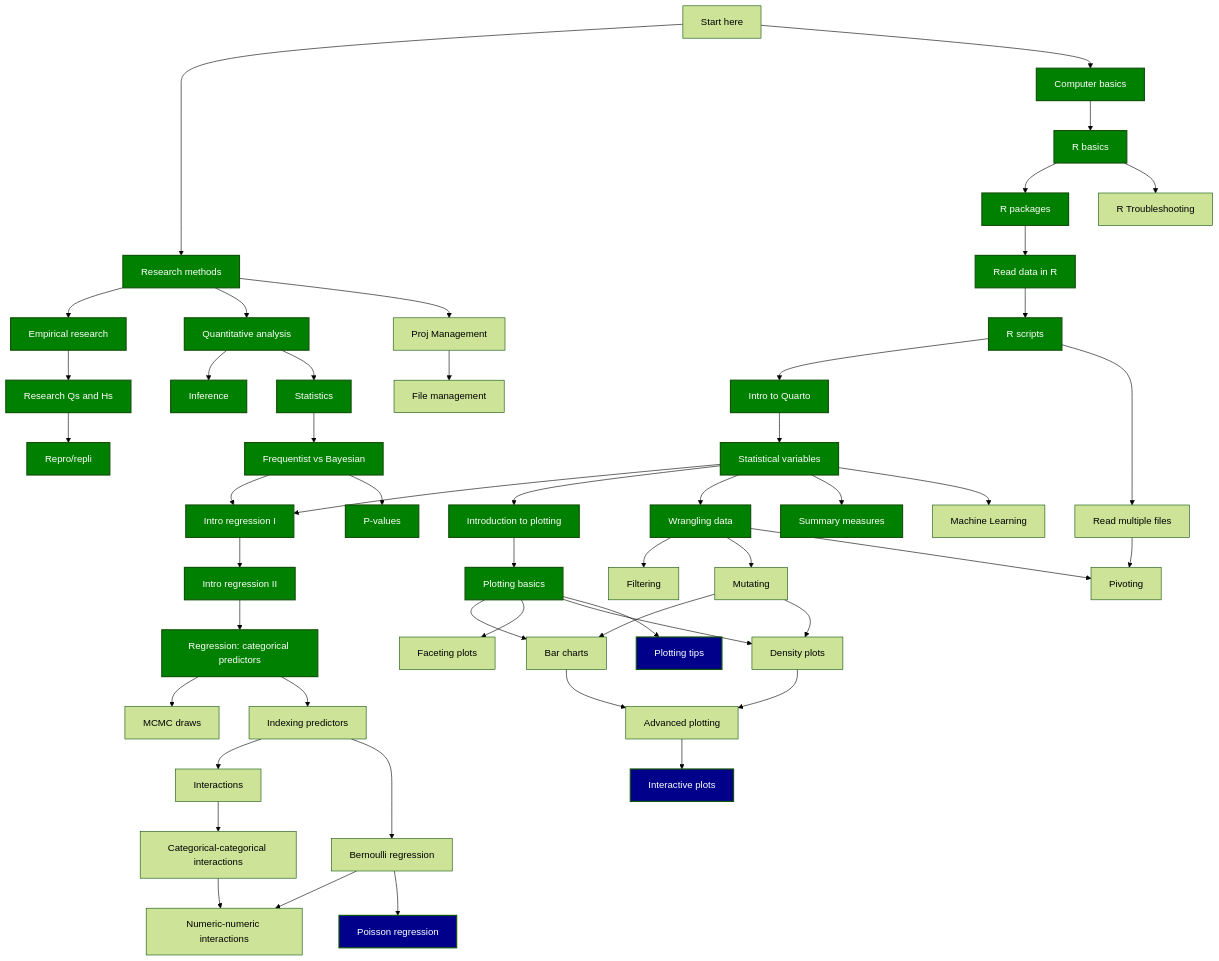
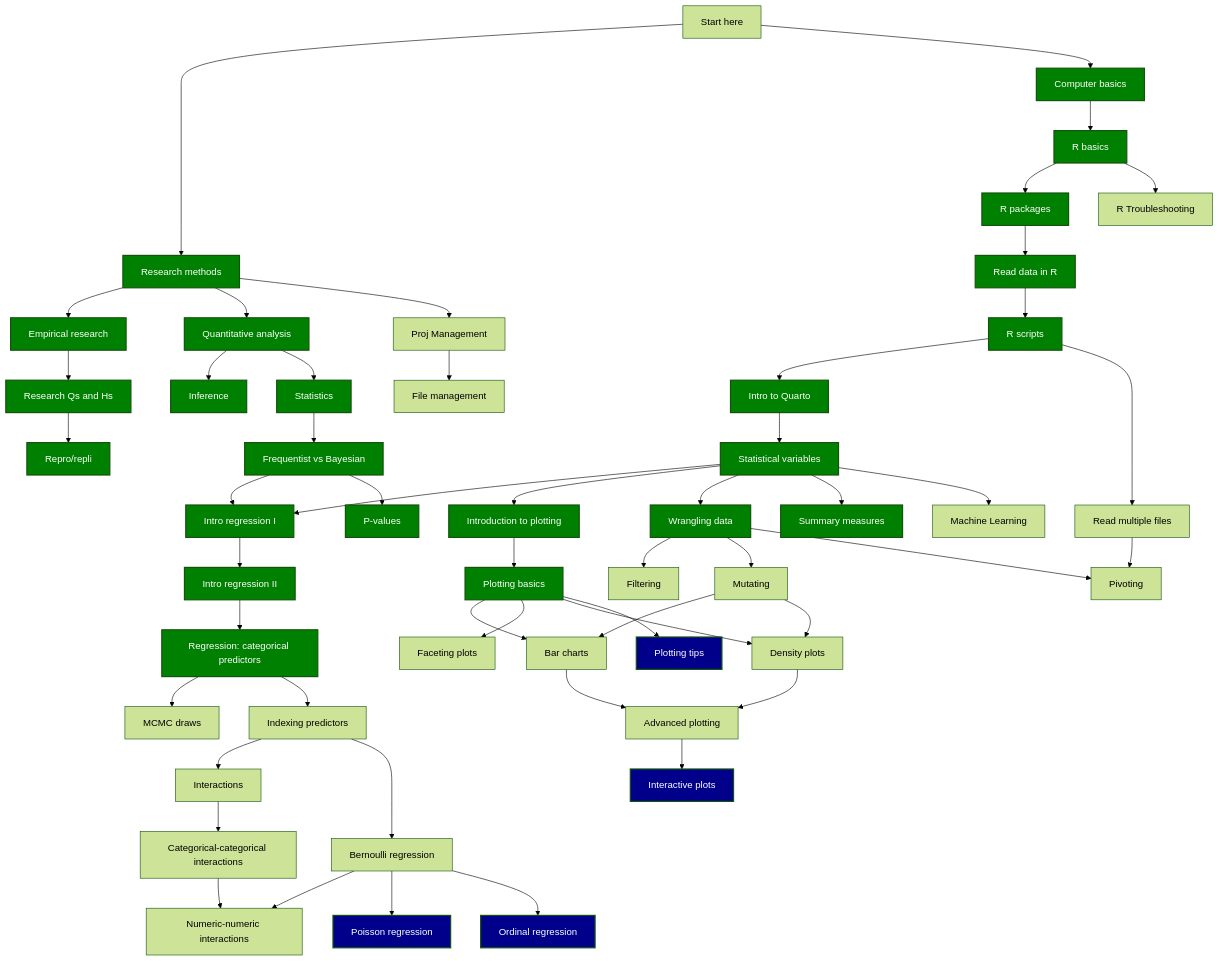
The diagram in map.qmd (uoelel/qml), drawn with Mermaid (forest theme) before and after one commit. The commit also changed 20 other files, not shown here.

Commit message:
add ordinal regression

```diff
--- a/map.qmd
+++ b/map.qmd
@@ -128,6 +128,9 @@
   AT[Poisson regression]
   click AT href "posts/regression-poisson.html" "Go to page"
   style AT fill:#00008B,color:#FFF,stroke-width:2px
+  AU[Ordinal regression]
+  click AU href "posts/regression-ordinal.html" "Go to page"
+  style AU fill:#00008B,color:#FFF,stroke-width:2px
   
   AR[Interactive plots]
   click AR href "posts/plot-plotly.html" "Go to page"
@@ -172,7 +175,7 @@
   U --> V & X
   V --> W
   W --> AQ
-  X --> AQ & AT
+  X --> AQ & AT & AU
   
   
   
```
